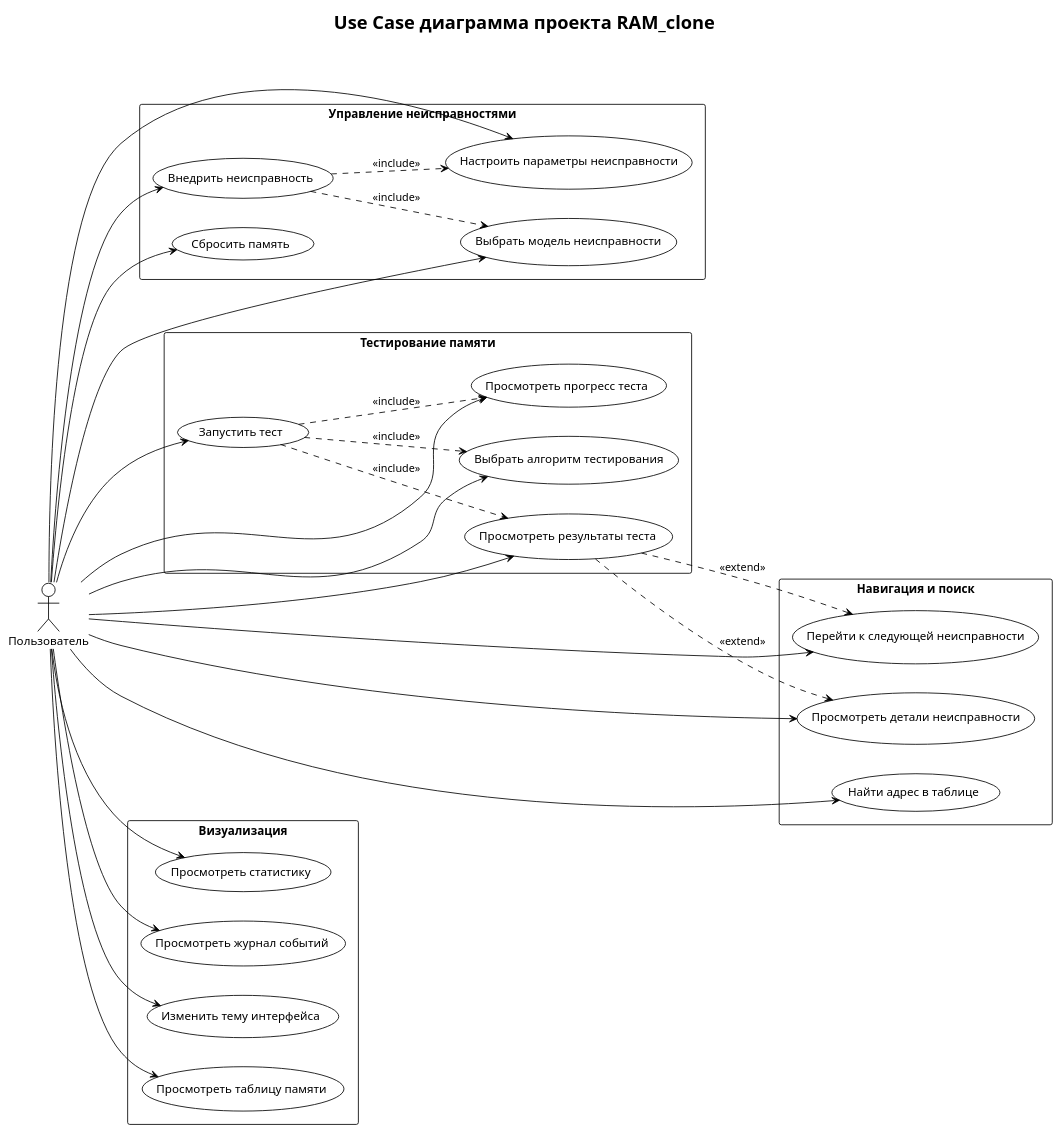
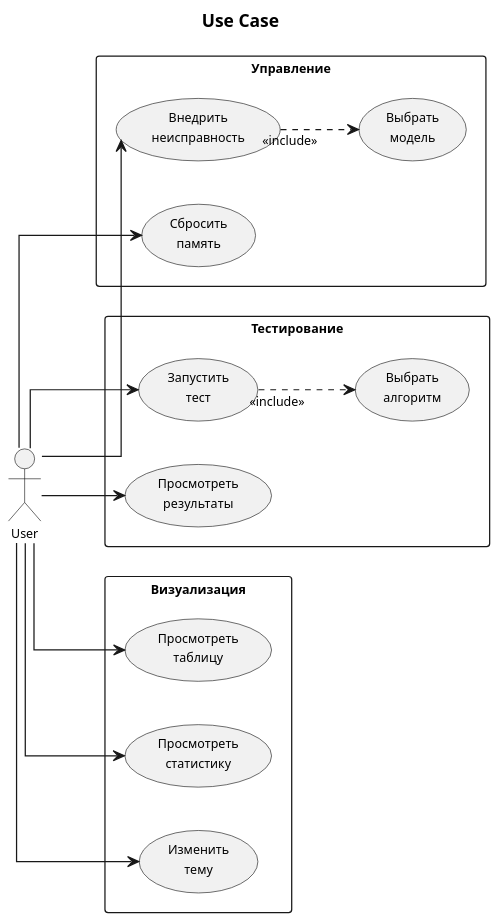
The diagram in docs/usecase_diagram.puml (Jalet-fry/RAM_clone), drawn with PlantUML before and after one commit. The commit also changed other lines of this file and 35 other files, not shown here.

Commit message:
docs and diagrams

```diff
--- a/docs/usecase_diagram.puml
+++ b/docs/usecase_diagram.puml
@@ -1,61 +1,45 @@
 @startuml usecase_diagram
-!theme plain
+scale 1.5
+skinparam {
+    shadowing false
+    linetype ortho
+    defaultFontSize 10
+    padding 1
+}
 
 left to right direction
 
-title Use Case диаграмма проекта RAM_clone
+title Use Case
 
-actor "Пользователь" as User
+actor User
 
-rectangle "Управление неисправностями" {
-    usecase "Внедрить неисправность" as UC1
-    usecase "Сбросить память" as UC2
-    usecase "Выбрать модель неисправности" as UC3
-    usecase "Настроить параметры неисправности" as UC4
+rectangle "Управление" {
+    usecase "Внедрить\nнеисправность" as UC1
+    usecase "Сбросить\nпамять" as UC2
+    usecase "Выбрать\nмодель" as UC3
 }
 
-rectangle "Тестирование памяти" {
-    usecase "Запустить тест" as UC5
-    usecase "Выбрать алгоритм тестирования" as UC6
-    usecase "Просмотреть прогресс теста" as UC7
-    usecase "Просмотреть результаты теста" as UC8
-}
-
-rectangle "Навигация и поиск" {
-    usecase "Найти адрес в таблице" as UC9
-    usecase "Перейти к следующей неисправности" as UC10
-    usecase "Просмотреть детали неисправности" as UC11
+rectangle "Тестирование" {
+    usecase "Запустить\nтест" as UC4
+    usecase "Выбрать\nалгоритм" as UC5
+    usecase "Просмотреть\nрезультаты" as UC6
 }
 
 rectangle "Визуализация" {
-    usecase "Просмотреть таблицу памяти" as UC12
-    usecase "Просмотреть статистику" as UC13
-    usecase "Просмотреть журнал событий" as UC14
-    usecase "Изменить тему интерфейса" as UC15
+    usecase "Просмотреть\nтаблицу" as UC7
+    usecase "Просмотреть\nстатистику" as UC8
+    usecase "Изменить\nтему" as UC9
 }
 
 User --> UC1
 User --> UC2
-User --> UC3
 User --> UC4
-User --> UC5
 User --> UC6
 User --> UC7
 User --> UC8
 User --> UC9
-User --> UC10
-User --> UC11
-User --> UC12
-User --> UC13
-User --> UC14
-User --> UC15
 
 UC1 ..> UC3 : <<include>>
-UC1 ..> UC4 : <<include>>
-UC5 ..> UC6 : <<include>>
-UC5 ..> UC7 : <<include>>
-UC5 ..> UC8 : <<include>>
-UC8 ..> UC10 : <<extend>>
-UC8 ..> UC11 : <<extend>>
+UC4 ..> UC5 : <<include>>
 
 @enduml
```
